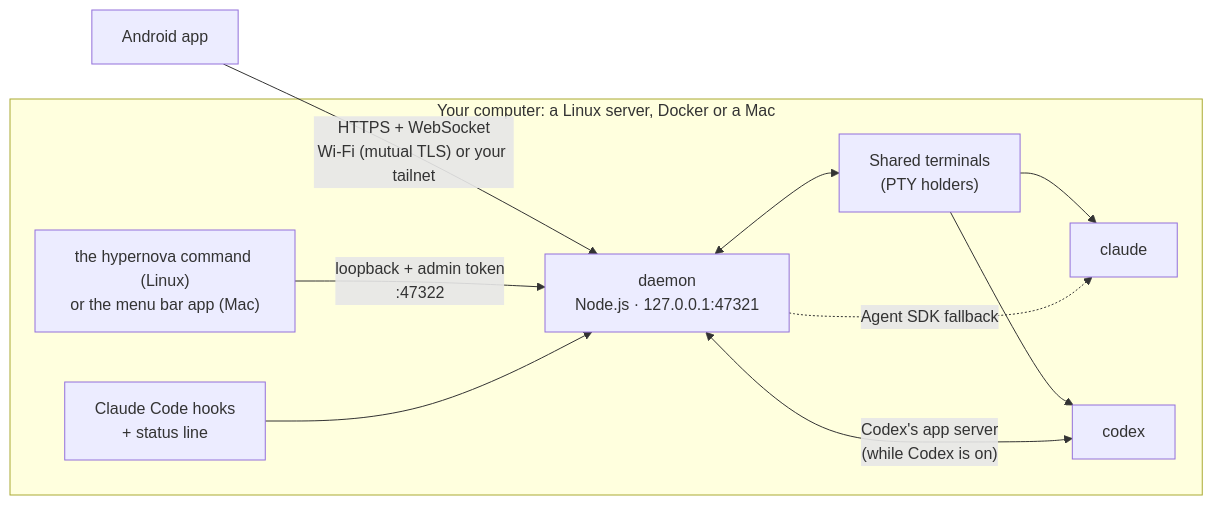
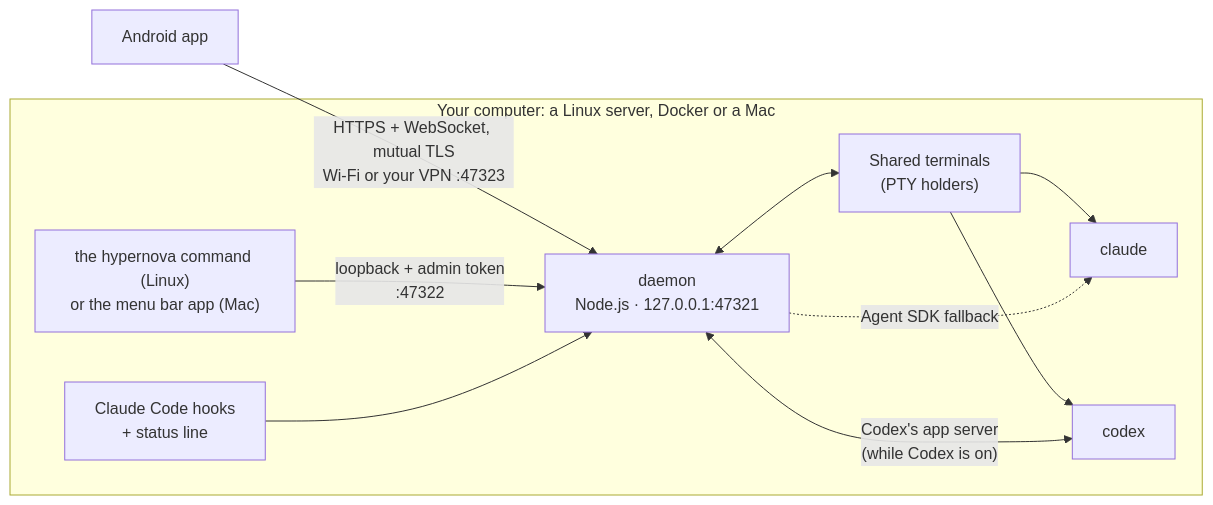
The diagram in README.md (ljmerza/Hypernova), drawn with Mermaid before and after one commit. The commit also changed other lines of this file and 103 other files, not shown here.

````diff
--- a/README.md
+++ b/README.md
@@ -91,14 +91,14 @@
 ```mermaid
 flowchart LR
-  phone["Android app"] -- "HTTPS + WebSocket<br/>Wi-Fi (mutual TLS) or your tailnet" --> api
+  phone["Android app"] -- "HTTPS + WebSocket, mutual TLS<br/>Wi-Fi or your VPN :47323" --> api
   subgraph host["Your computer: a Linux server, Docker or a Mac"]
     api["daemon<br/>Node.js · 127.0.0.1:47321"]
     menubar["the hypernova command (Linux)<br/>or the menu bar app (Mac)"] -- "loopback + admin token<br/>:47322" --> api
     hooks["Claude Code hooks<br/>+ status line"] --> api
     api <--> terms["Shared terminals<br/>(PTY holders)"]
     terms --> cc["claude"]
     terms --> cx["codex"]
     api -. "Agent SDK fallback" .-> cc
     api <-- "Codex's app server<br/>(while Codex is on)" --> cx
   end
 ```
````
